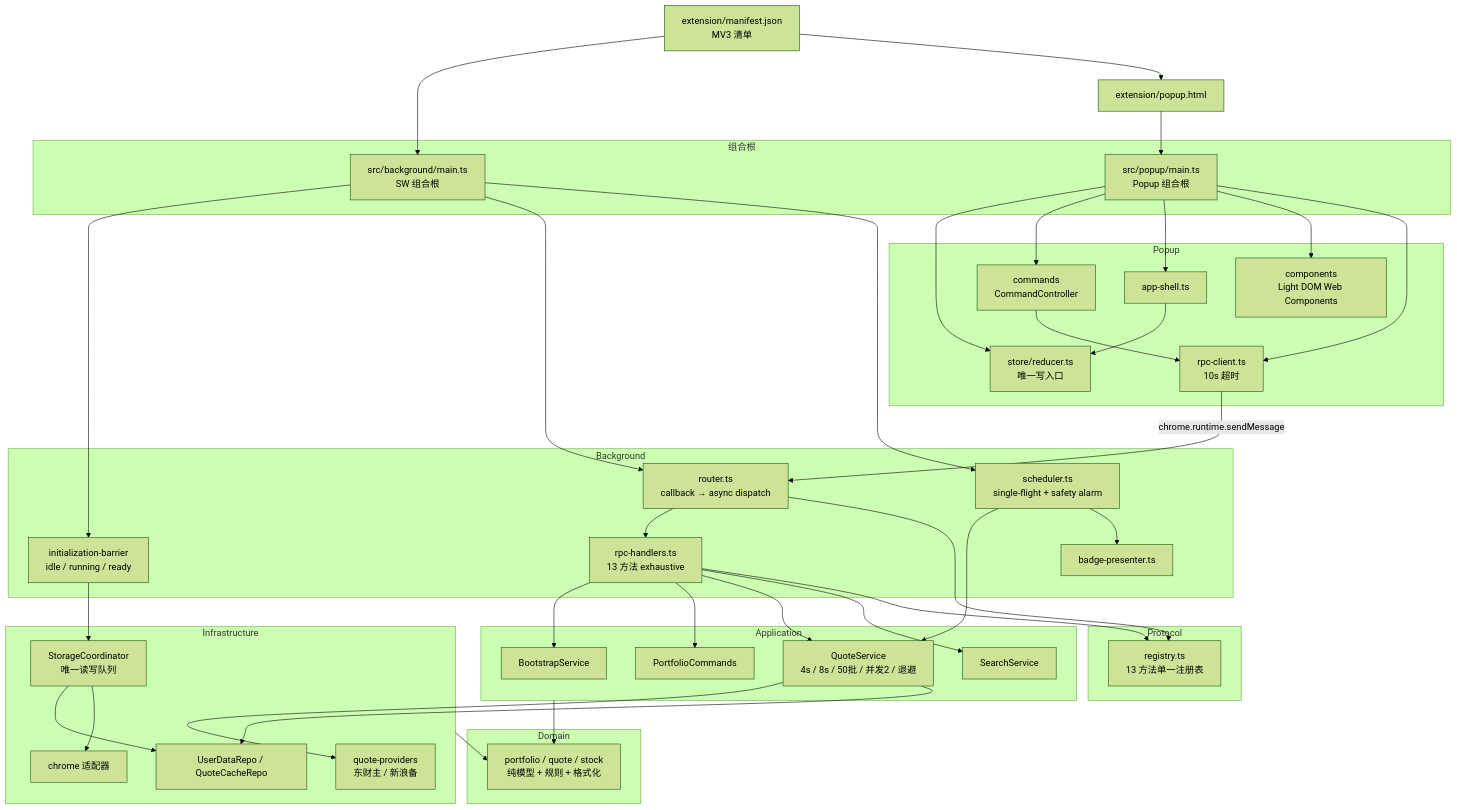
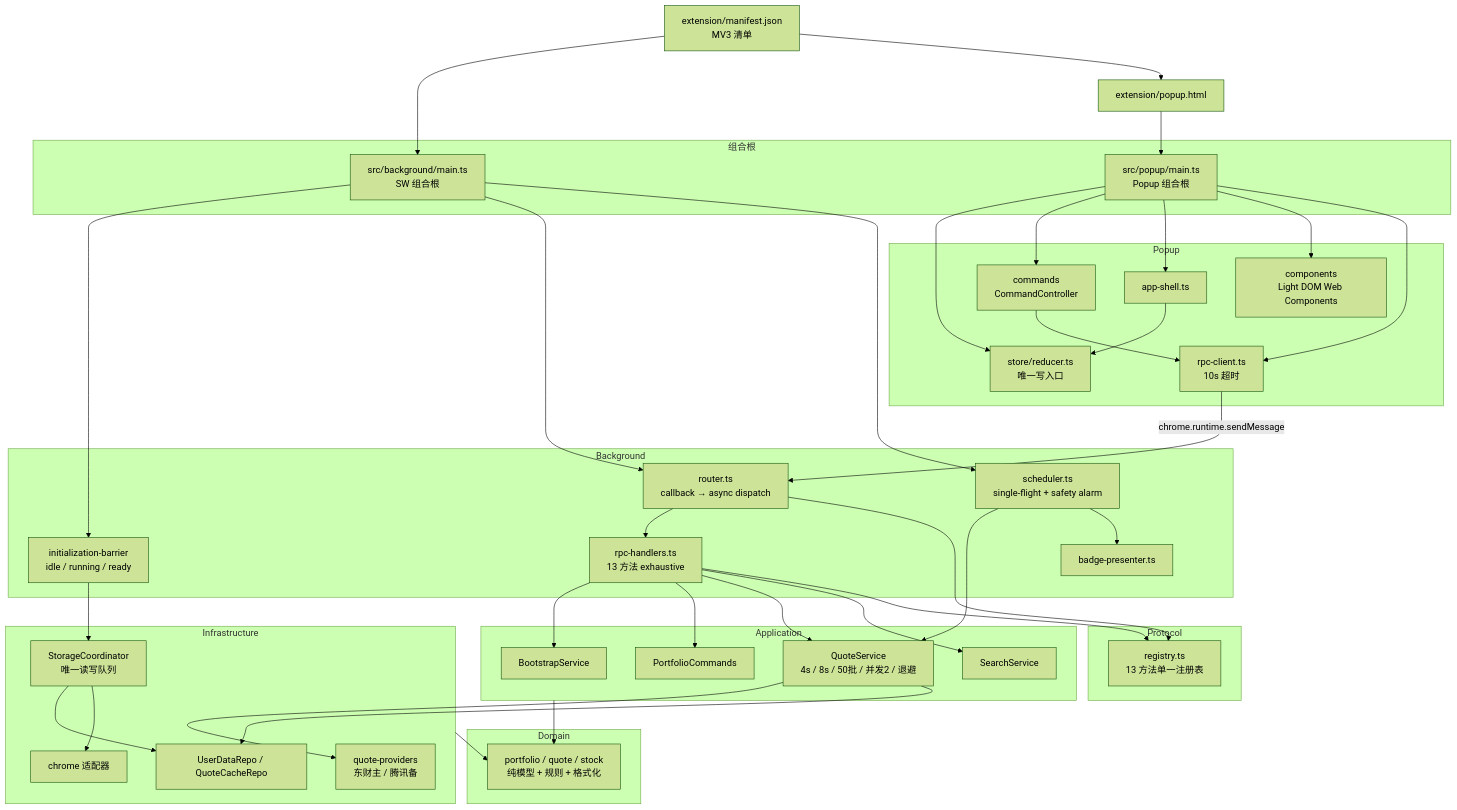
The diagram in docs/项目架构.md (orxz/stock-alert-extension), drawn with Mermaid (forest theme) before and after one commit. The commit also changed other lines of this file and 15 other files, not shown here.

````diff
--- a/docs/项目架构.md
+++ b/docs/项目架构.md
@@ -92,77 +92,77 @@
 ```mermaid
 graph TB
     Manifest["extension/manifest.json<br/>MV3 清单"]
     PopupHTML["extension/popup.html"]
     subgraph "组合根"
         BGMain["src/background/main.ts<br/>SW 组合根"]
         PopupMain["src/popup/main.ts<br/>Popup 组合根"]
     end
     subgraph "Background"
         Barrier["initialization-barrier<br/>idle / running / ready"]
         Router["router.ts<br/>callback → async dispatch"]
         Handlers["rpc-handlers.ts<br/>13 方法 exhaustive"]
         Scheduler["scheduler.ts<br/>single-flight + safety alarm"]
         Badge["badge-presenter.ts"]
     end
     subgraph "Popup"
         AppShell["app-shell.ts"]
         Store["store/reducer.ts<br/>唯一写入口"]
         Commands["commands<br/>CommandController"]
         Components["components<br/>Light DOM Web Components"]
         RpcClient["rpc-client.ts<br/>10s 超时"]
     end
     subgraph "Application"
         Bootstrap["BootstrapService"]
         Portfolio["PortfolioCommands"]
         QuoteService["QuoteService<br/>4s / 8s / 50批 / 并发2 / 退避"]
         Search["SearchService"]
     end
     subgraph "Protocol"
         Registry["registry.ts<br/>13 方法单一注册表"]
     end
     subgraph "Infrastructure"
         Coordinator["StorageCoordinator<br/>唯一读写队列"]
         Repos["UserDataRepo / QuoteCacheRepo"]
-        Providers["quote-providers<br/>东财主 / 新浪备"]
+        Providers["quote-providers<br/>东财主 / 腾讯备"]
         ChromeAdapters["chrome 适配器"]
     end
     subgraph "Domain"
         DomainModels["portfolio / quote / stock<br/>纯模型 + 规则 + 格式化"]
     end
 
     Manifest --> BGMain
     Manifest --> PopupHTML
     PopupHTML --> PopupMain
 
     BGMain --> Barrier
     BGMain --> Router
     BGMain --> Scheduler
     Barrier --> Coordinator
     Router --> Handlers
     Handlers --> Bootstrap
     Handlers --> Portfolio
     Handlers --> QuoteService
     Handlers --> Search
     Scheduler --> QuoteService
     Scheduler --> Badge
 
     Coordinator --> Repos
     QuoteService --> Providers
     QuoteService --> Repos
     Coordinator --> ChromeAdapters
 
     PopupMain --> Store
     PopupMain --> Commands
     PopupMain --> AppShell
     PopupMain --> Components
     PopupMain --> RpcClient
     Commands --> RpcClient
     AppShell --> Store
 
     RpcClient -->|"chrome.runtime.sendMessage"| Router
     Router --> Registry
     Handlers --> Registry
 
     Application --> DomainModels
     Infrastructure --> DomainModels
 ```
````
